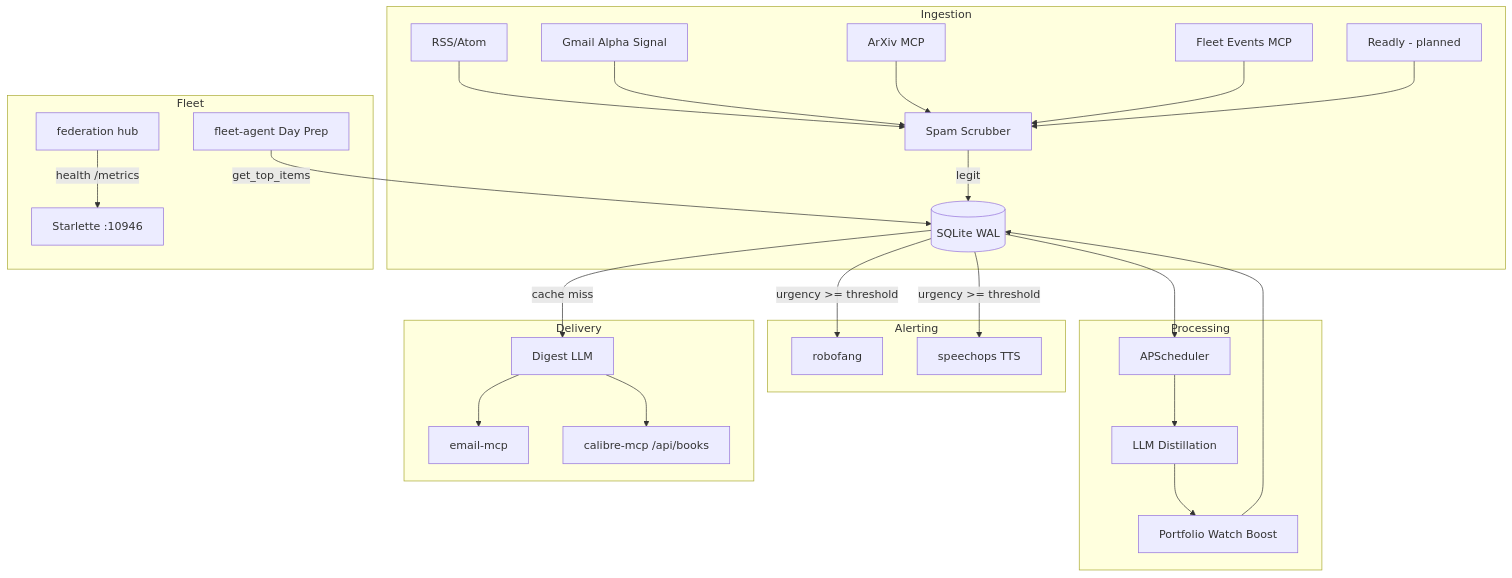
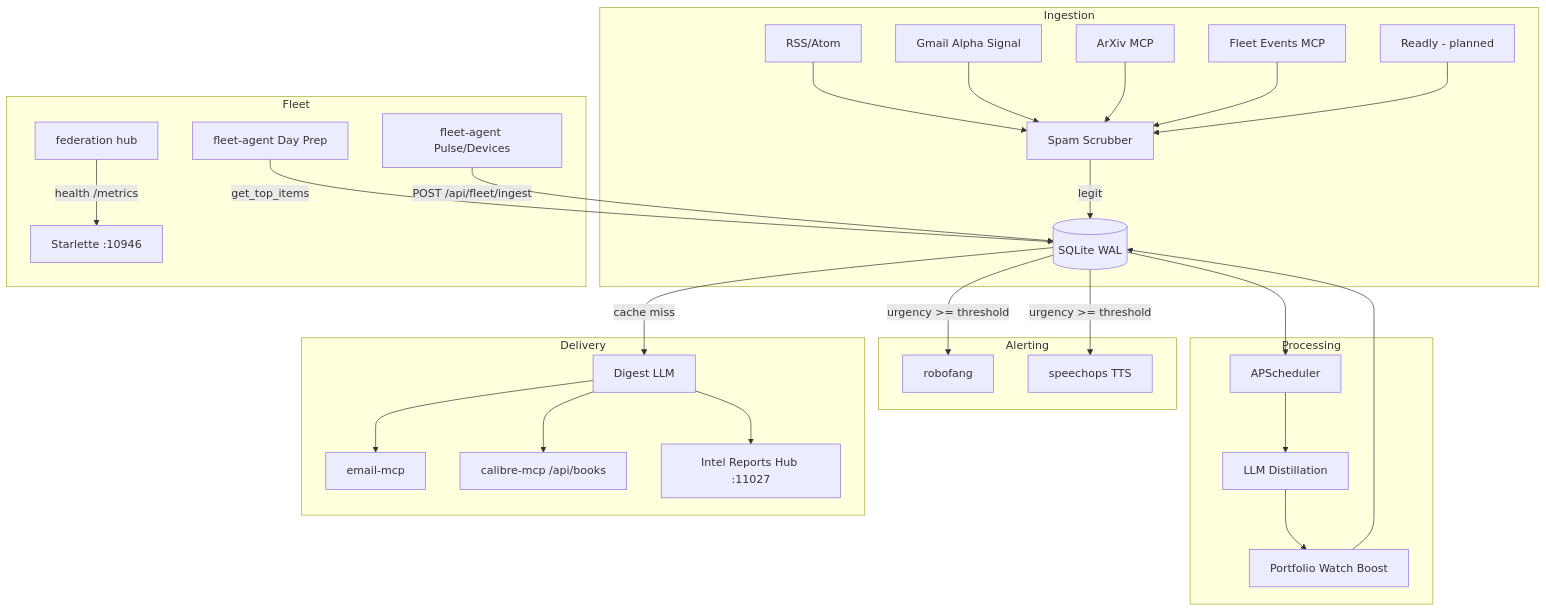
One commit to sandraschi/aiwatcher-mcp changed the diagram in docs/ARCHITECTURE.md. Above: the diagram before and after it, drawn with Mermaid. The commit also changed 13 other files, not shown here.

First line of the commit message:
feat: publish daily digest to Intel Reports Hub

````diff
--- a/docs/ARCHITECTURE.md
+++ b/docs/ARCHITECTURE.md
@@ -7,34 +7,36 @@
 ```mermaid
 graph TD
     subgraph Ingestion
         A[RSS/Atom] --> S[Spam Scrubber]
         B[Gmail Alpha Signal] --> S
         AR[ArXiv MCP] --> S
         FE[Fleet Events MCP] --> S
         R[Readly - planned] --> S
         S -->|legit| C[(SQLite WAL)]
     end
 
     subgraph Processing
         C --> E[APScheduler]
         E --> F[LLM Distillation]
         F --> PW[Portfolio Watch Boost]
         PW --> C
     end
 
     subgraph Alerting
         C -->|urgency >= threshold| RF[robofang]
         C -->|urgency >= threshold| SP[speechops TTS]
     end
 
     subgraph Delivery
         C -->|cache miss| H[Digest LLM]
         H --> EM[email-mcp]
         H --> CB[calibre-mcp /api/books]
+        H --> IH[Intel Reports Hub :11027]
     end
 
     subgraph Fleet
         FA[fleet-agent Day Prep] -->|get_top_items| C
+        FP[fleet-agent Pulse/Devices] -->|POST /api/fleet/ingest| C
         FH[federation hub] -->|health /metrics| API[Starlette :10946]
     end
 ```
````
